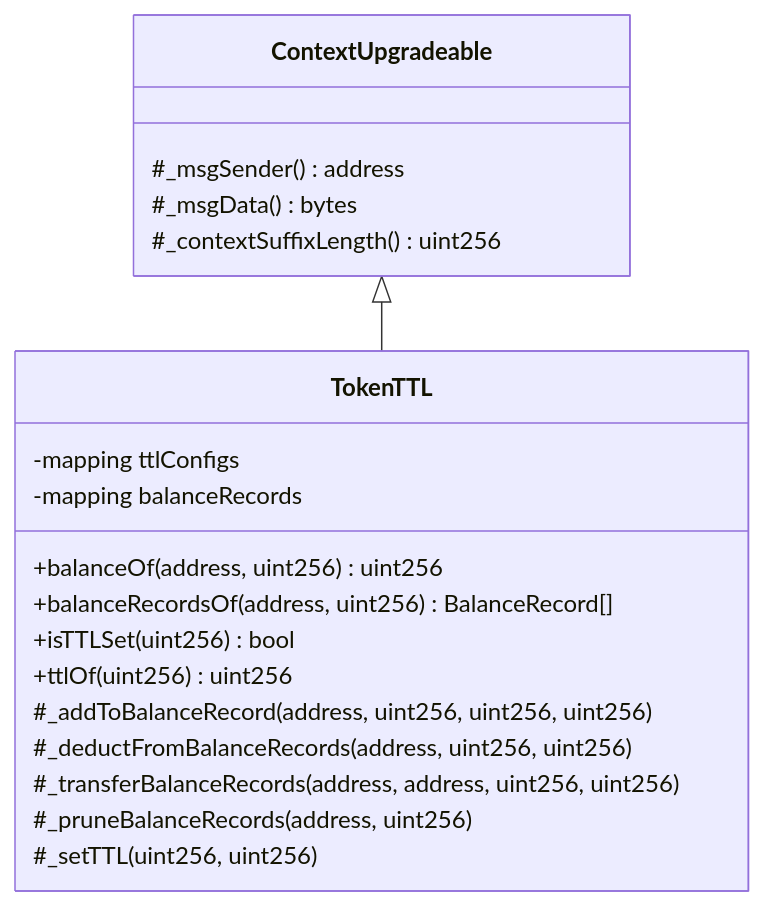
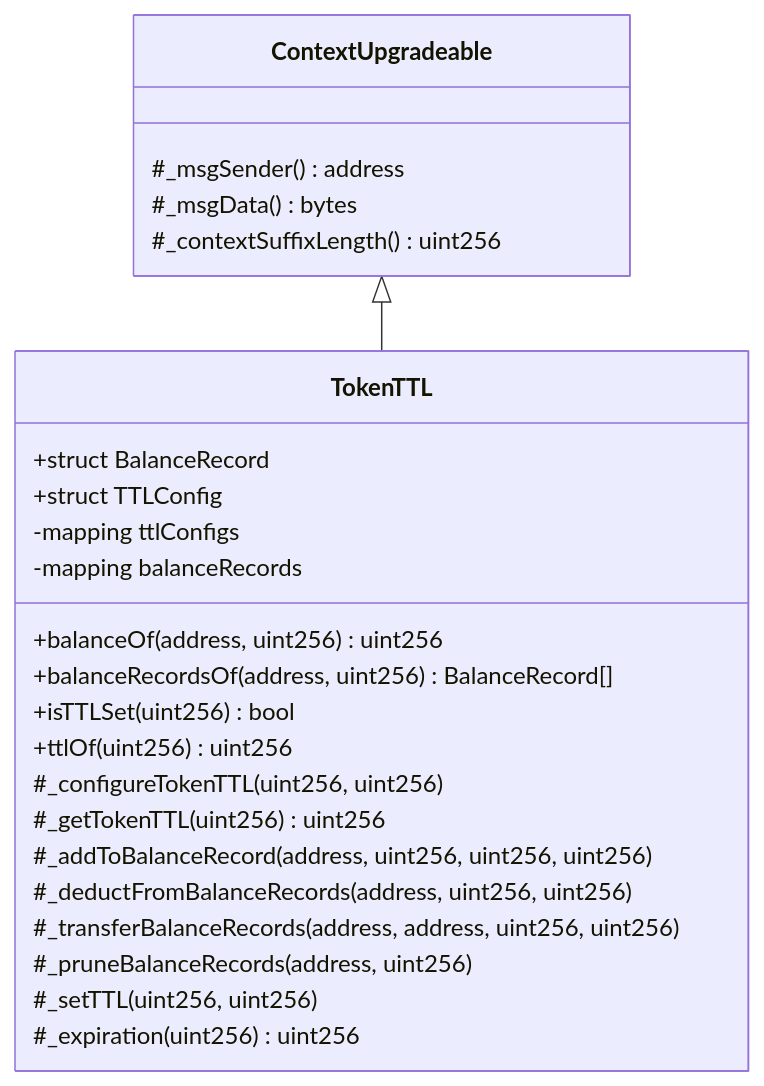
One commit to glanzz/evmauth-core changed the sixth of 18 diagrams in src/README.md. Above: the diagram before and after it, drawn with Mermaid. The commit also changed other lines of this file and 9 other files, not shown here.

````diff
--- a/src/README.md
+++ b/src/README.md
@@ -342,23 +393,28 @@
 ```mermaid
 classDiagram
     class ContextUpgradeable{
         #_msgSender() address
         #_msgData() bytes
         #_contextSuffixLength() uint256
     }
     class TokenTTL{
+        +struct BalanceRecord
+        +struct TTLConfig
         -mapping ttlConfigs
         -mapping balanceRecords
         +balanceOf(address, uint256) uint256
         +balanceRecordsOf(address, uint256) BalanceRecord[]
         +isTTLSet(uint256) bool
         +ttlOf(uint256) uint256
+        #_configureTokenTTL(uint256, uint256)
+        #_getTokenTTL(uint256) uint256
         #_addToBalanceRecord(address, uint256, uint256, uint256)
         #_deductFromBalanceRecords(address, uint256, uint256)
         #_transferBalanceRecords(address, address, uint256, uint256)
         #_pruneBalanceRecords(address, uint256)
         #_setTTL(uint256, uint256)
+        #_expiration(uint256) uint256
     }
     
     ContextUpgradeable <|-- TokenTTL
 ```
````
